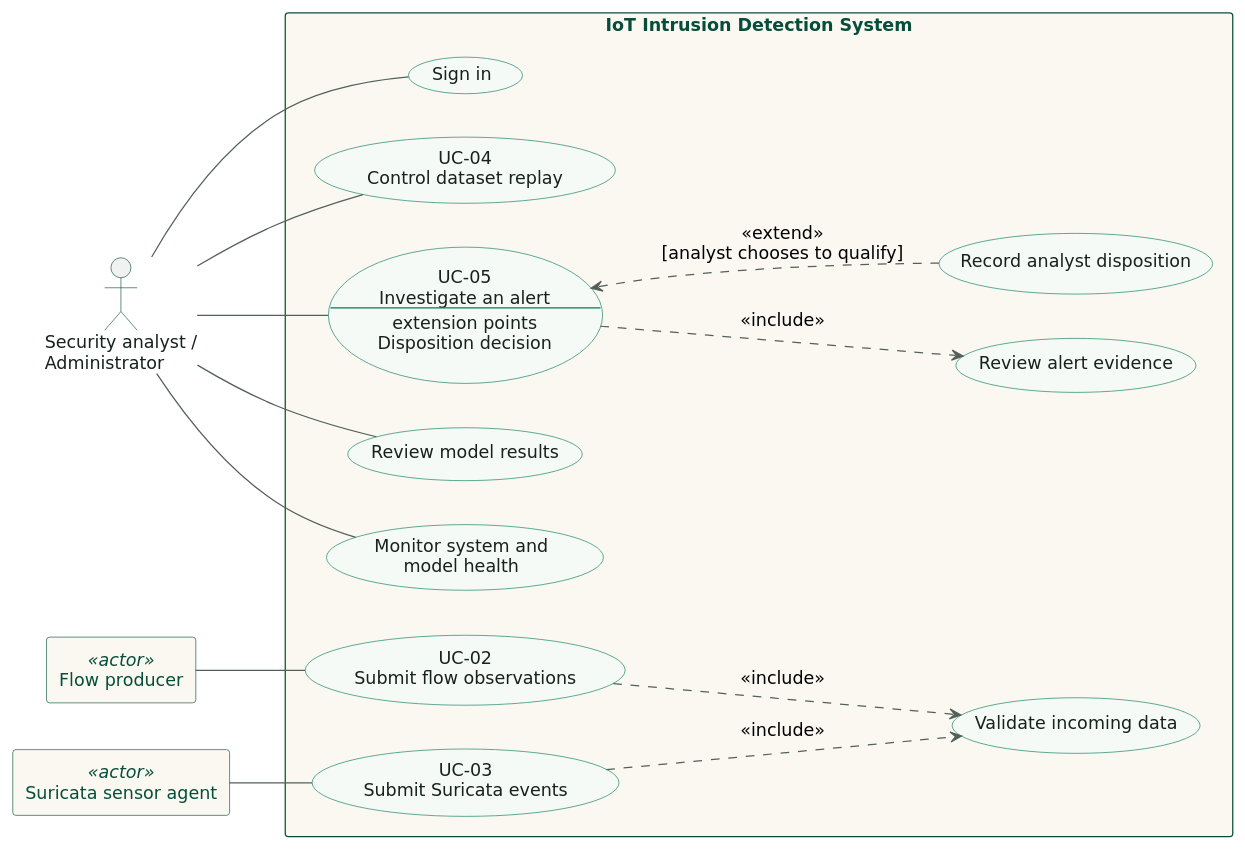
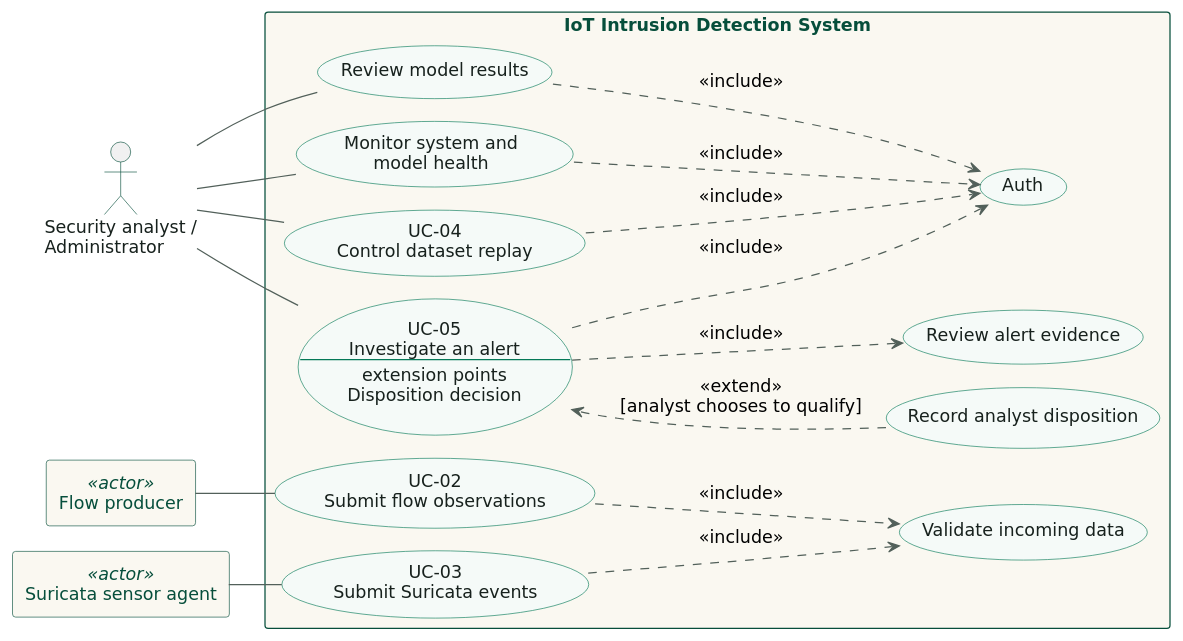
One commit to ZakariaElKhaldi/4iir-sr changed the diagram in diagrams/01-use-cases.puml. Above: the diagram before and after it, drawn with PlantUML. The commit also changed 7 other files, not shown here.

```diff
--- a/diagrams/01-use-cases.puml
+++ b/diagrams/01-use-cases.puml
@@ -1,53 +1,57 @@
 @startuml
+!pragma layout smetana
 left to right direction
 skinparam shadowing false
 skinparam packageStyle rectangle
 skinparam backgroundColor white
 skinparam defaultFontName "DejaVu Sans"
 skinparam defaultFontSize 14
 skinparam ArrowColor #52605A
 skinparam ArrowThickness 1
 skinparam nodesep 35
 skinparam ranksep 55
 skinparam actorBorderColor #064E3B
 skinparam actorFontColor #17211D
 skinparam rectangleBorderColor #064E3B
 skinparam rectangleBackgroundColor #FAF8F1
 skinparam rectangleFontColor #064E3B
 skinparam usecase {
-  BackgroundColor #F5FAF7
+  BackgroundColor #F5FAF8
   BorderColor #047857
   FontColor #17211D
 }
 
 actor "Security analyst /\nAdministrator" as Admin
 rectangle "Flow producer" as Producer <<actor>>
 rectangle "Suricata sensor agent" as Sensor <<actor>>
 
 rectangle "IoT Intrusion Detection System" {
-  usecase "Sign in" as UCAuth
+  usecase "Auth" as UCAuth
   usecase "UC-04\nControl dataset replay" as UCReplay
   usecase "UC-05\nInvestigate an alert\n--\nextension points\nDisposition decision" as UCInvestigate
   usecase "Review alert evidence" as UCEvidence
   usecase "Record analyst disposition" as UCFeedback
   usecase "Review model results" as UCModels
   usecase "Monitor system and\nmodel health" as UCHealth
   usecase "UC-02\nSubmit flow observations" as UCFlows
   usecase "UC-03\nSubmit Suricata events" as UCSensor
   usecase "Validate incoming data" as UCValidate
 }
 
-Admin -- UCAuth
 Admin -- UCReplay
 Admin -- UCInvestigate
 Admin -- UCModels
 Admin -- UCHealth
 Producer -- UCFlows
 Sensor -- UCSensor
 UCInvestigate ..> UCEvidence : <<include>>
 UCFeedback .[norank].> UCInvestigate : <<extend>>\n[analyst chooses to qualify]
 UCInvestigate -[hidden]-> UCFeedback
 UCFlows ..> UCValidate : <<include>>
 UCSensor ..> UCValidate : <<include>>
+UCReplay ..> UCAuth : <<include>>
+UCInvestigate ..> UCAuth : <<include>>
+UCModels .[norank].> UCAuth : <<include>>
+UCHealth .[norank].> UCAuth : <<include>>
 
 @enduml
```
